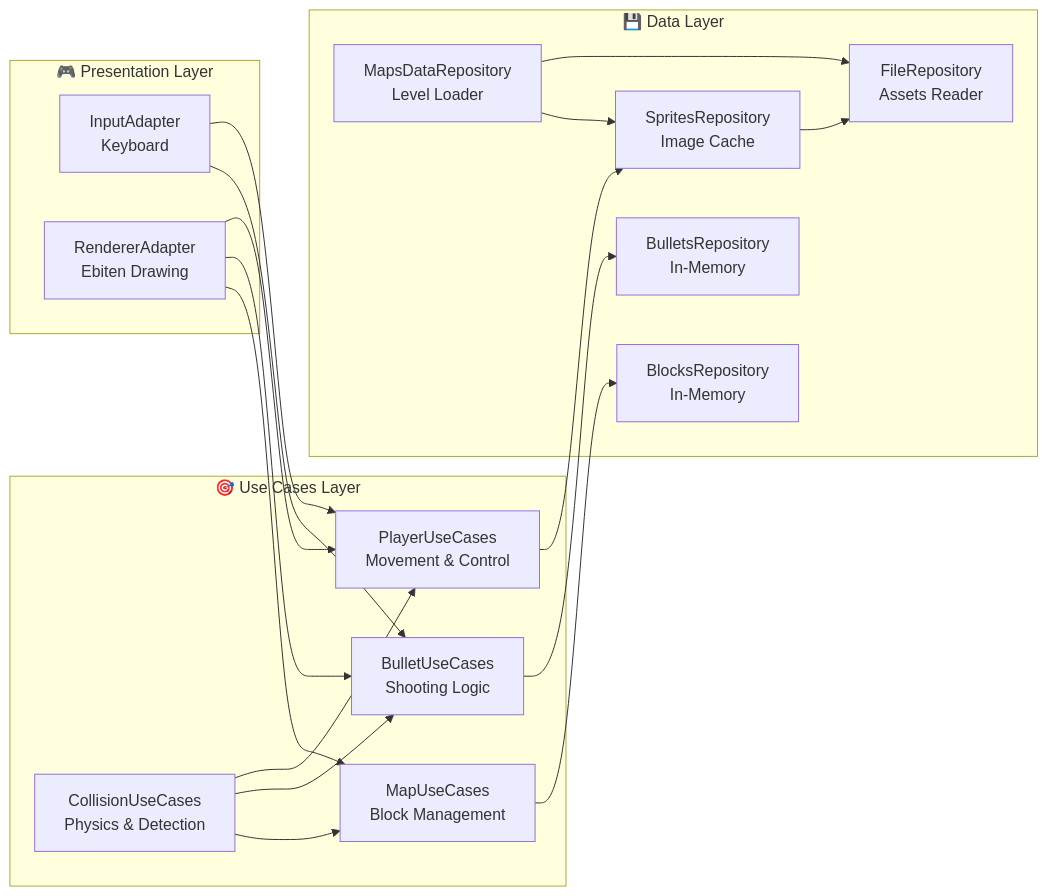
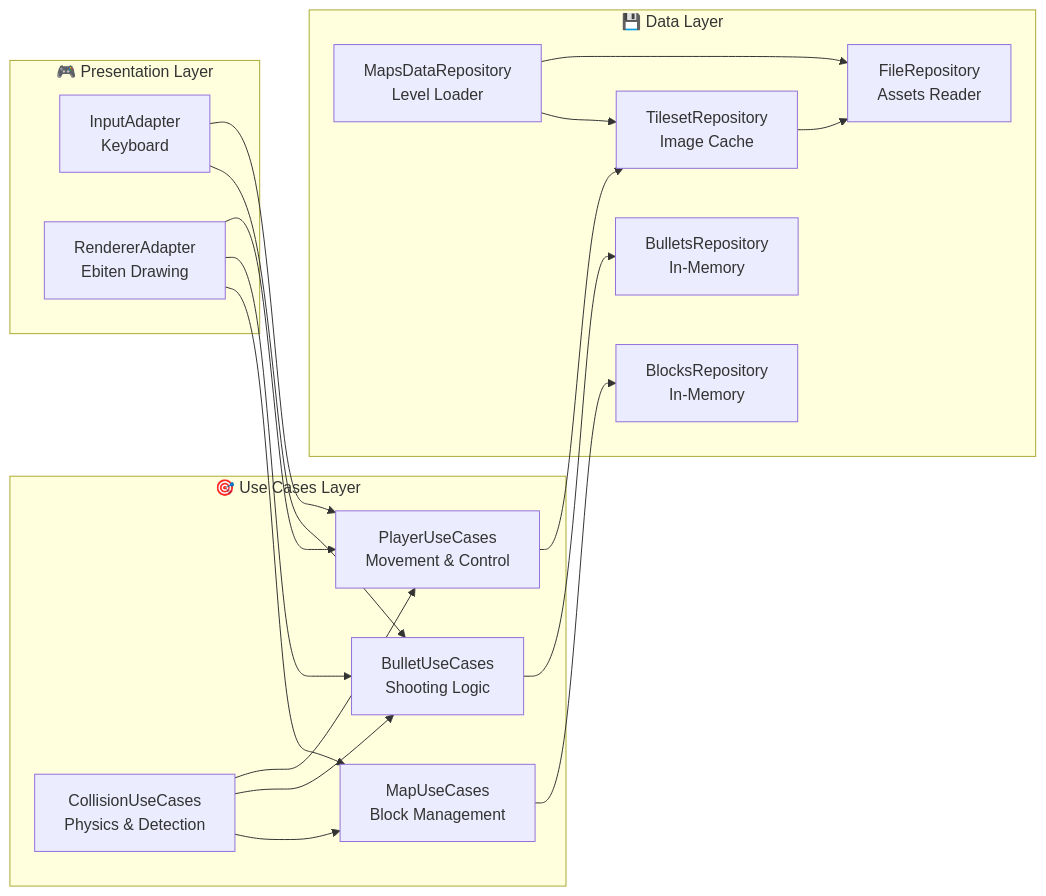
Before and after one commit to shpaker/tnk9x: the second of 5 diagrams in README.md, drawn with Mermaid. The commit also changed other lines of this file and 34 other files, not shown here.

````diff
--- a/README.md
+++ b/README.md
@@ -103,40 +106,40 @@
 ```mermaid
 graph LR
     subgraph "🎮 Presentation Layer"
         Input[InputAdapter<br/>Keyboard]
         Render[RendererAdapter<br/>Ebiten Drawing]
     end
     
     subgraph "🎯 Use Cases Layer"
         Player[PlayerUseCases<br/>Movement & Control]
         Bullet[BulletUseCases<br/>Shooting Logic]
         Map[MapUseCases<br/>Block Management]
         Collision[CollisionUseCases<br/>Physics & Detection]
     end
     
     subgraph "💾 Data Layer"
         BlocksRepo[BlocksRepository<br/>In-Memory]
         BulletsRepo[BulletsRepository<br/>In-Memory]
         MapsRepo[MapsDataRepository<br/>Level Loader]
-        SpritesRepo[SpritesRepository<br/>Image Cache]
+        TilesetRepo[TilesetRepository<br/>Image Cache]
         FileRepo[FileRepository<br/>Assets Reader]
     end
     
     Input --> Player
     Input --> Bullet
     
     Render --> Player
     Render --> Bullet
     Render --> Map
     
-    Player --> SpritesRepo
+    Player --> TilesetRepo
     Bullet --> BulletsRepo
     Map --> BlocksRepo
     Collision --> Player
     Collision --> Bullet
     Collision --> Map
     
     MapsRepo --> FileRepo
-    MapsRepo --> SpritesRepo
-    SpritesRepo --> FileRepo
+    MapsRepo --> TilesetRepo
+    TilesetRepo --> FileRepo
 ```
````
